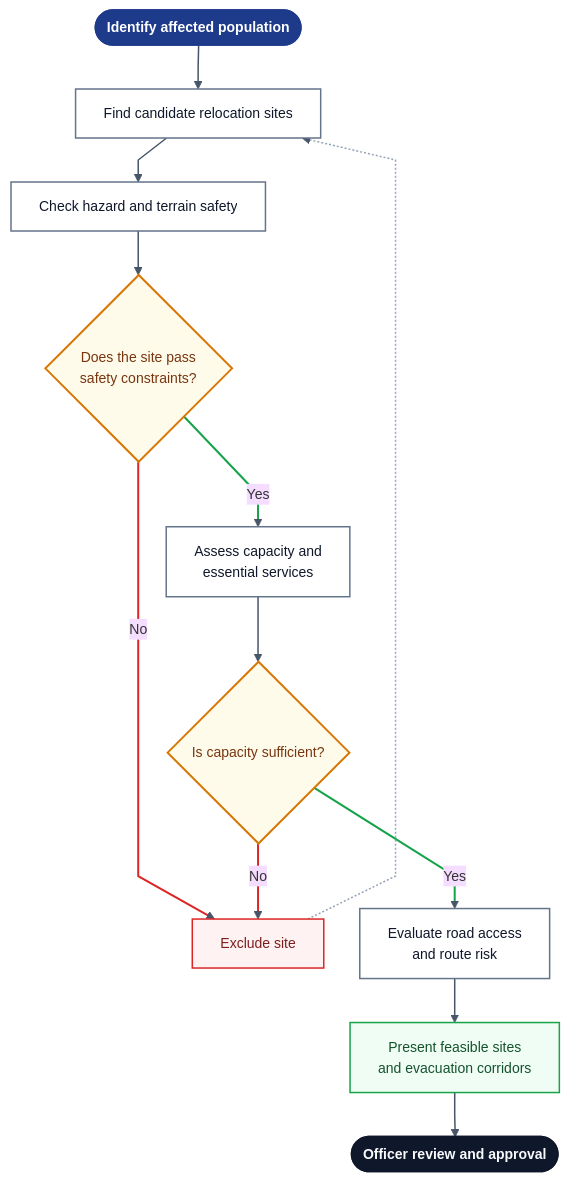
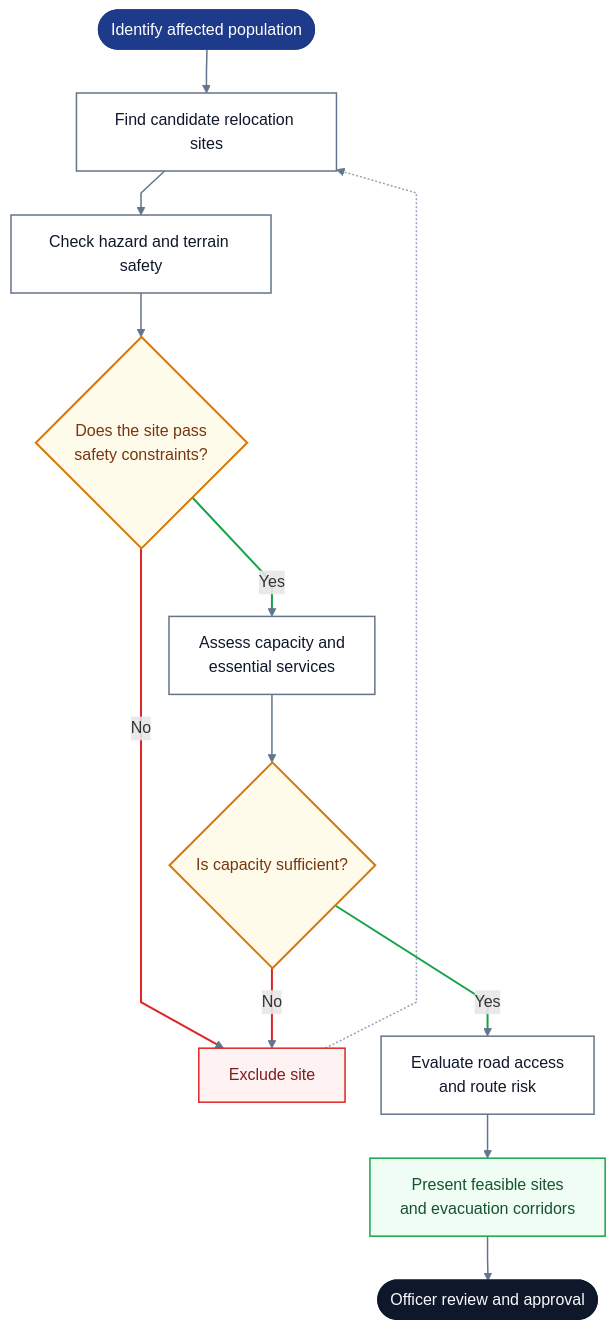
Before and after one commit to OjaswiJoshi13/rakshakgis: the fourth of 4 diagrams in README.md, drawn with Mermaid. The commit also changed other lines of this file, not shown here.

Commit message:
docs(readme): expand documentation with setup runbooks, layered architecture, and data workflows

````diff
--- a/README.md
+++ b/README.md
@@ -165,34 +206,34 @@
 ```mermaid
-%%{init: {'theme':'base','flowchart':{'curve':'linear','nodeSpacing':36,'rankSpacing':44,'padding':14},'themeVariables':{'fontFamily':'Inter, Segoe UI, Helvetica, Arial, sans-serif','fontSize':'14px','lineColor':'#475569'}}}%%
+%%{init: {'flowchart':{'curve':'linear','nodeSpacing':36,'rankSpacing':44}}}%%
 flowchart TD
-    A(["<b>Identify affected population</b>"]) --> B["Find candidate relocation sites"]
+    A(["Identify affected population"]) --> B["Find candidate relocation sites"]
     B --> C["Check hazard and terrain safety"]
     C --> D{"Does the site pass<br/>safety constraints?"}
     D -- No --> E["Exclude site"]
     D -- Yes --> F["Assess capacity and<br/>essential services"]
     F --> G{"Is capacity sufficient?"}
     G -- No --> E
     G -- Yes --> H["Evaluate road access<br/>and route risk"]
     H --> I["Present feasible sites<br/>and evacuation corridors"]
-    I --> J(["<b>Officer review and approval</b>"])
+    I --> J(["Officer review and approval"])
     E -.-> B
 
     classDef start fill:#1E3A8A,stroke:#1E3A8A,stroke-width:1.5px,color:#FFFFFF
     classDef step fill:#FFFFFF,stroke:#64748B,stroke-width:1.5px,color:#0F172A
     classDef decision fill:#FFFBEB,stroke:#D97706,stroke-width:2px,color:#78350F
     classDef neg fill:#FEF2F2,stroke:#DC2626,stroke-width:1.5px,color:#7F1D1D
     classDef pos fill:#F0FDF4,stroke:#16A34A,stroke-width:1.5px,color:#14532D
     classDef review fill:#0F172A,stroke:#0F172A,stroke-width:1.5px,color:#F8FAFC
 
     class A start
     class B,C,F,H step
     class D,G decision
     class E neg
     class I pos
     class J review
 
-    linkStyle default stroke:#475569,stroke-width:1.5px
+    linkStyle default stroke:#64748B,stroke-width:1.5px
     linkStyle 3,6 stroke:#DC2626,stroke-width:2px
     linkStyle 4,7 stroke:#16A34A,stroke-width:2px
     linkStyle 10 stroke:#94A3B8,stroke-width:1.5px
 ```
````
